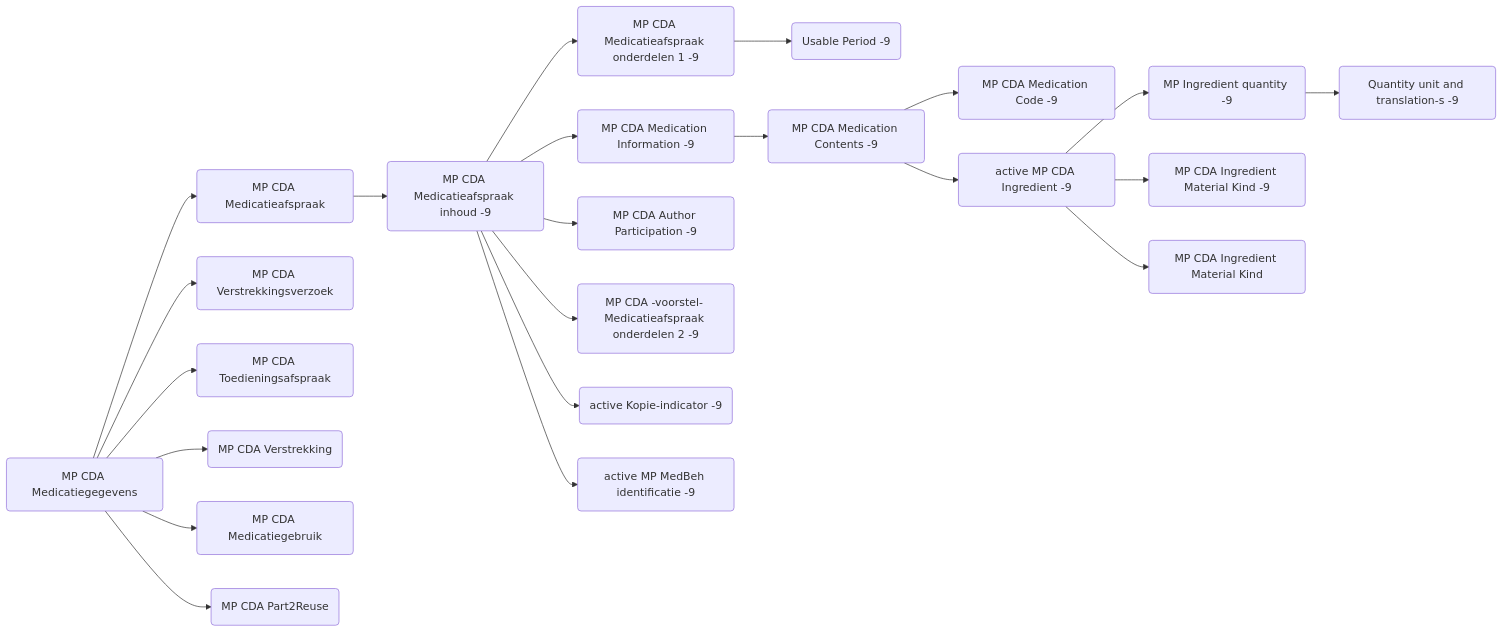
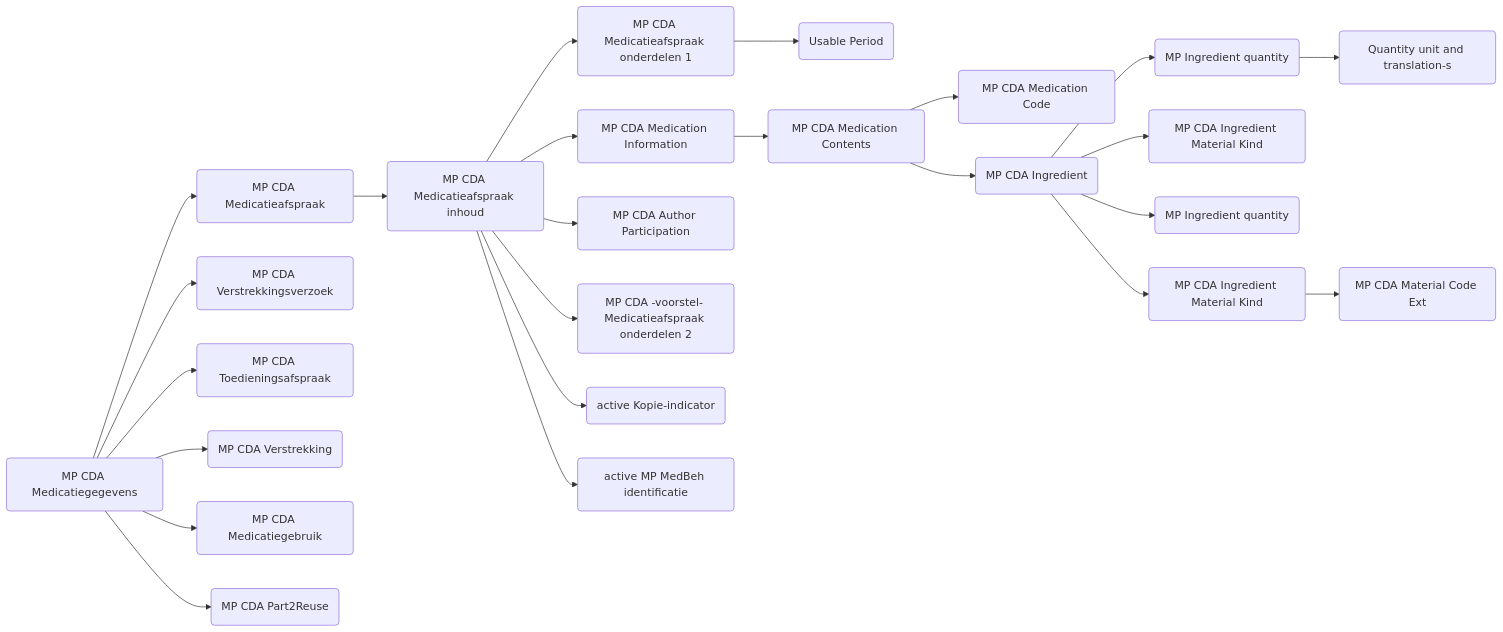
One commit to Duometis/overbrugging changed the second of 2 diagrams in Medication2.md. Above: the diagram before and after it, drawn with Mermaid.

Commit message:
Update flowchart for CDA Medicatieafspraak

````diff
--- a/Medication2.md
+++ b/Medication2.md
@@ -20,24 +20,26 @@
 ```mermaid
 flowchart LR
 1(MP CDA Medicatiegegevens) --> 2(MP CDA Medicatieafspraak)
-2(MP CDA Medicatieafspraak) --> 3(MP CDA Medicatieafspraak inhoud -9)
-3(MP CDA Medicatieafspraak inhoud -9) --> 11(MP CDA Medicatieafspraak onderdelen 1 -9)
-11(MP CDA Medicatieafspraak onderdelen 1 -9) --> 21(Usable Period -9)
-3(MP CDA Medicatieafspraak inhoud -9) --> 12(MP CDA Medication Information -9)
-12(MP CDA Medication Information -9) --> 31(MP CDA Medication Contents -9)
-31(MP CDA Medication Contents -9) --> 41(MP CDA Medication Code -9)
-31(MP CDA Medication Contents -9) --> 42(active MP CDA Ingredient -9)
-42(active MP CDA Ingredient -9) --> 51(MP Ingredient quantity -9)
-51(MP Ingredient quantity -9) --> 61(Quantity unit and translation-s -9)
-42(active MP CDA Ingredient -9) --> 52(MP CDA Ingredient Material Kind -9)
-42(active MP CDA Ingredient -9) --> 53(MP CDA Ingredient Material Kind)
-3(MP CDA Medicatieafspraak inhoud -9) --> 13(MP CDA Author Participation -9)
-3(MP CDA Medicatieafspraak inhoud -9) --> 14(MP CDA -voorstel- Medicatieafspraak onderdelen 2 -9)
-3(MP CDA Medicatieafspraak inhoud -9) --> 15(active Kopie-indicator -9)
-3(MP CDA Medicatieafspraak inhoud -9) --> 16(active MP MedBeh identificatie -9)
+2(MP CDA Medicatieafspraak) --> 3(MP CDA Medicatieafspraak inhoud)
+3(MP CDA Medicatieafspraak inhoud) --> 11(MP CDA Medicatieafspraak onderdelen 1)
+11(MP CDA Medicatieafspraak onderdelen 1) --> 21(Usable Period)
+3(MP CDA Medicatieafspraak inhoud) --> 12(MP CDA Medication Information)
+12(MP CDA Medication Information) --> 31(MP CDA Medication Contents)
+31(MP CDA Medication Contents) --> 41(MP CDA Medication Code)
+31(MP CDA Medication Contents) --> 42(MP CDA Ingredient)
+42(active MP CDA Ingredient) --> 51(MP Ingredient quantity)
+42(active MP CDA Ingredient) --> 81(MP CDA Ingredient Material Kind)
+81(MP CDA Ingredient Material Kind) --> 91(MP CDA Material Code Ext)
+51(MP Ingredient quantity) --> 61(Quantity unit and translation-s)
+42(MP CDA Ingredient) --> 52(MP CDA Ingredient Material Kind)
+42(MP CDA Ingredient) --> 53(MP Ingredient quantity)
+3(MP CDA Medicatieafspraak inhoud) --> 13(MP CDA Author Participation)
+3(MP CDA Medicatieafspraak inhoud) --> 14(MP CDA -voorstel- Medicatieafspraak onderdelen 2)
+3(MP CDA Medicatieafspraak inhoud) --> 15(active Kopie-indicator)
+3(MP CDA Medicatieafspraak inhoud) --> 16(active MP MedBeh identificatie)
 1(MP CDA Medicatiegegevens) --> 4(MP CDA Verstrekkingsverzoek)
 1(MP CDA Medicatiegegevens) --> 5(MP CDA Toedieningsafspraak)
 1(MP CDA Medicatiegegevens) --> 6(MP CDA Verstrekking)
 1(MP CDA Medicatiegegevens) --> 7(MP CDA Medicatiegebruik)
 1(MP CDA Medicatiegegevens) --> 8(MP CDA Part2Reuse) 
 ```
````
